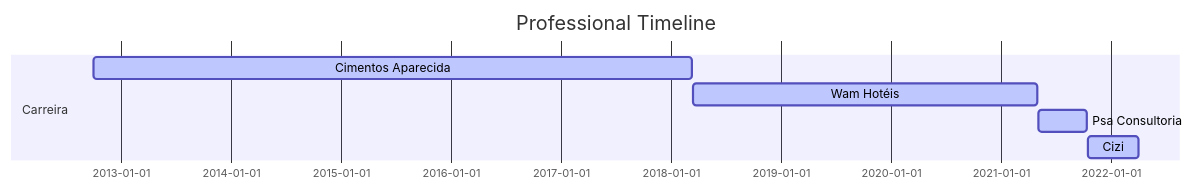
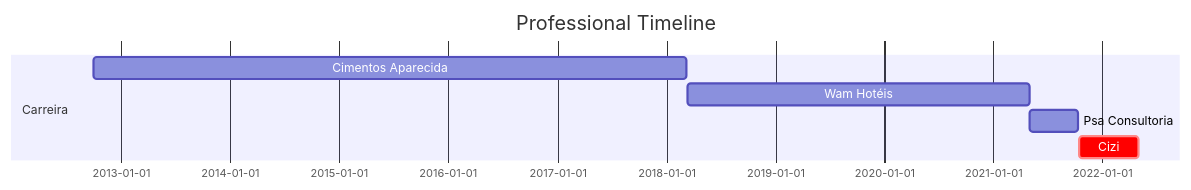
Before and after one commit to Robisonnunes/RobisonNunes: the diagram in README.md, drawn with Mermaid.

````diff
--- a/README.md
+++ b/README.md
@@ -18,14 +18,14 @@
 ```mermaid
 
 gantt
 dateFormat  YYYY-MM-DD
 title Professional Timeline
 
 section Carreira
-Cimentos Aparecida    :active,, 2012-10-01,2018-03-10
-Wam Hotéis            :active,, 2018-03-13,2021-04-30
-Psa Consultoria       :active,, 2021-05-03,2021-10-12
-Cizi                  :active,, 2021-10-15,2022-04-01
+Cimentos Aparecida    :2012-10-01,2018-03-10
+Wam Hotéis            :2018-03-13,2021-04-30
+Psa Consultoria       :2021-05-03,2021-10-12
+Cizi                  :crit,2021-10-15,2022-05-01
 
 
 ```
````
